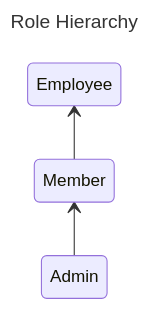
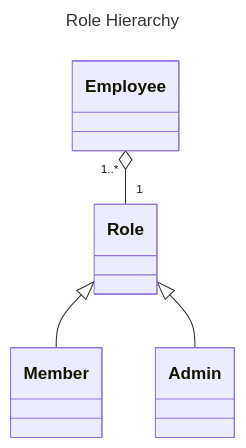
The diagram in uml/role_hierarchy.md (cs-24-sw-3-01/p3), drawn with Mermaid before and after one commit.

Commit message:
added role hierarchy md

````diff
--- a/uml/role_hierarchy.md
+++ b/uml/role_hierarchy.md
@@ -1,10 +1,9 @@
 ```mermaid
 ---
 title: Role Hierarchy
 ---
-stateDiagram-v2
-    direction BT
-
-    Admin --> Member
-    Member --> Employee
+classDiagram
+Employee "1..*" o-- "1" Role 
+Role <|-- Member
+Role <|-- Admin
 ```
````
